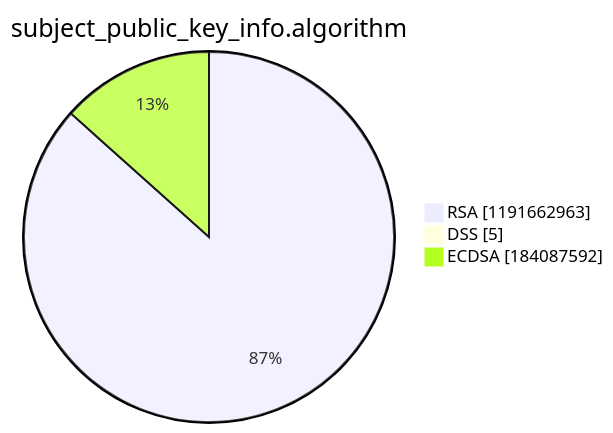
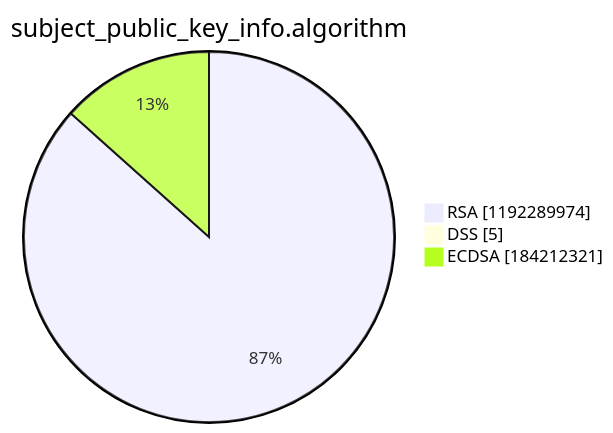
One commit to christiankrug/ctmonitor_visualization changed the third of 15 diagrams in argon2022/README.md. Above: the diagram before and after it, drawn with Mermaid. The commit also changed other lines of this file, not shown here.

````diff
--- a/argon2022/README.md
+++ b/argon2022/README.md
@@ -14,7 +14,7 @@
 ```mermaid
 pie showData
 title subject_public_key_info.algorithm
-"RSA" :1191662963
+"RSA" :1192289974
 "DSS" :5
-"ECDSA" :184087592
+"ECDSA" :184212321
 ```
````
